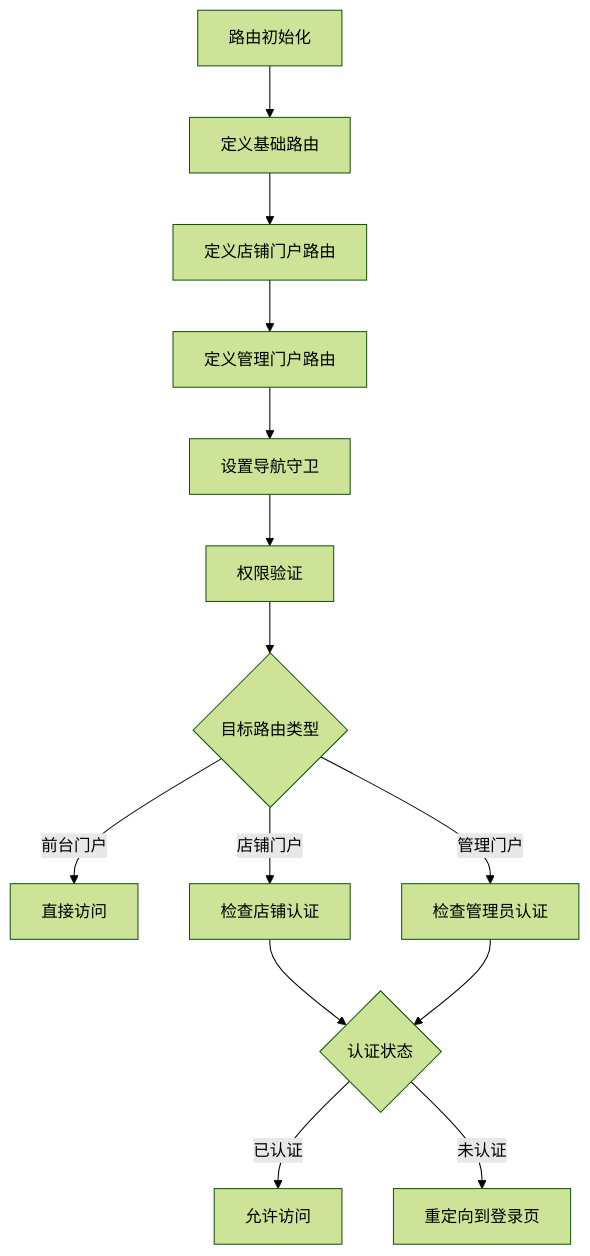
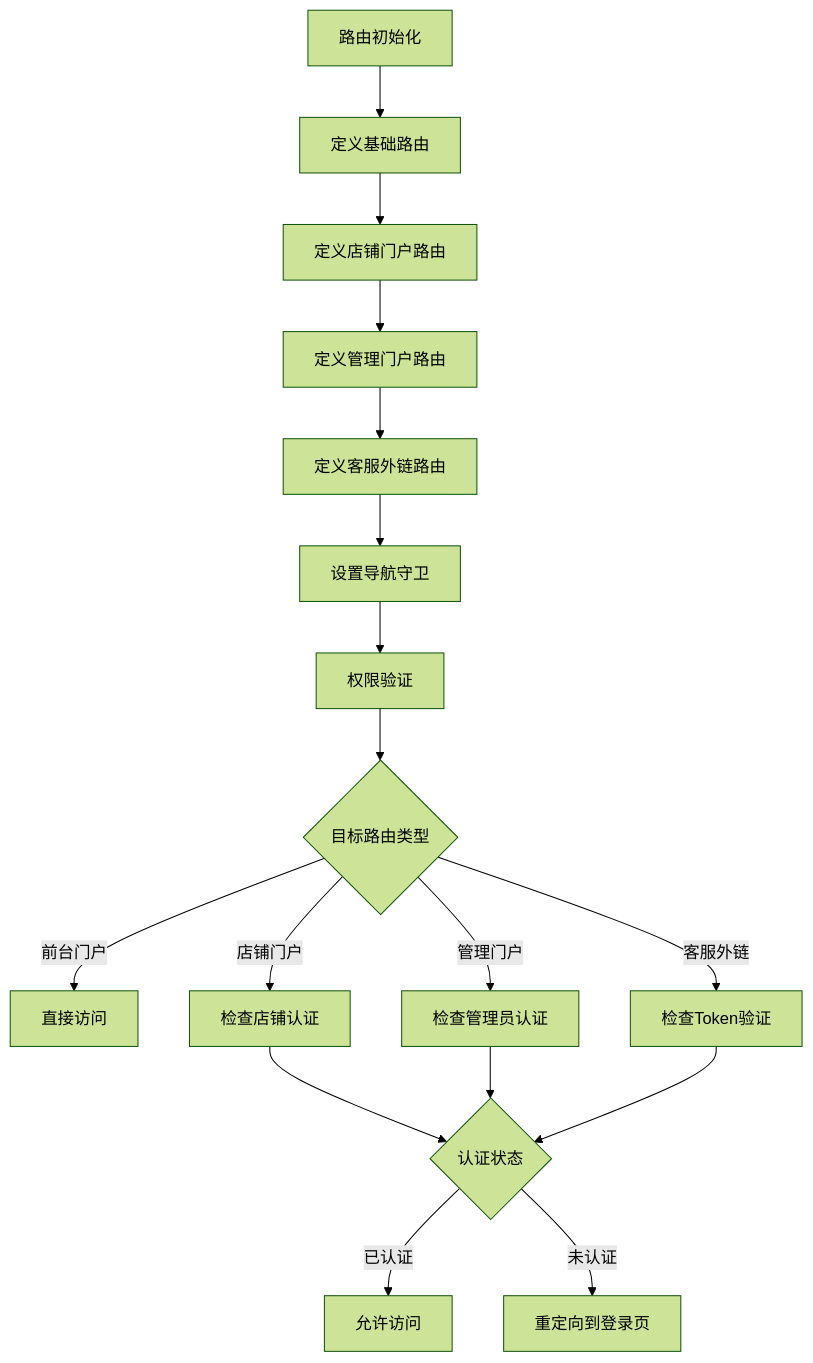
Before and after one commit to SY6621/POD-Order-Management: diagram 25 of 31 in .qoder/repowiki/zh/content/开发指南/Vue组件架构.md, drawn with Mermaid (forest theme). The commit also changed other lines of this file and 15 other files, not shown here.

````diff
--- a/.qoder/repowiki/zh/content/开发指南/Vue组件架构.md
+++ b/.qoder/repowiki/zh/content/开发指南/Vue组件架构.md
@@ -813,16 +1015,19 @@
 ```mermaid
 flowchart TD
 A[路由初始化] --> B[定义基础路由]
 B --> C[定义店铺门户路由]
 C --> D[定义管理门户路由]
-D --> E[设置导航守卫]
-E --> F[权限验证]
-F --> G{目标路由类型}
-G --> |前台门户| H[直接访问]
-G --> |店铺门户| I[检查店铺认证]
-G --> |管理门户| J[检查管理员认证]
-I --> K{认证状态}
-J --> K
-K --> |已认证| L[允许访问]
-K --> |未认证| M[重定向到登录页]
+D --> E[定义客服外链路由]
+E --> F[设置导航守卫]
+F --> G[权限验证]
+G --> H{目标路由类型}
+H --> |前台门户| I[直接访问]
+H --> |店铺门户| J[检查店铺认证]
+H --> |管理门户| K[检查管理员认证]
+H --> |客服外链| L[检查Token验证]
+J --> M{认证状态}
+K --> M
+L --> M
+M --> |已认证| N[允许访问]
+M --> |未认证| O[重定向到登录页]
 ```
````
